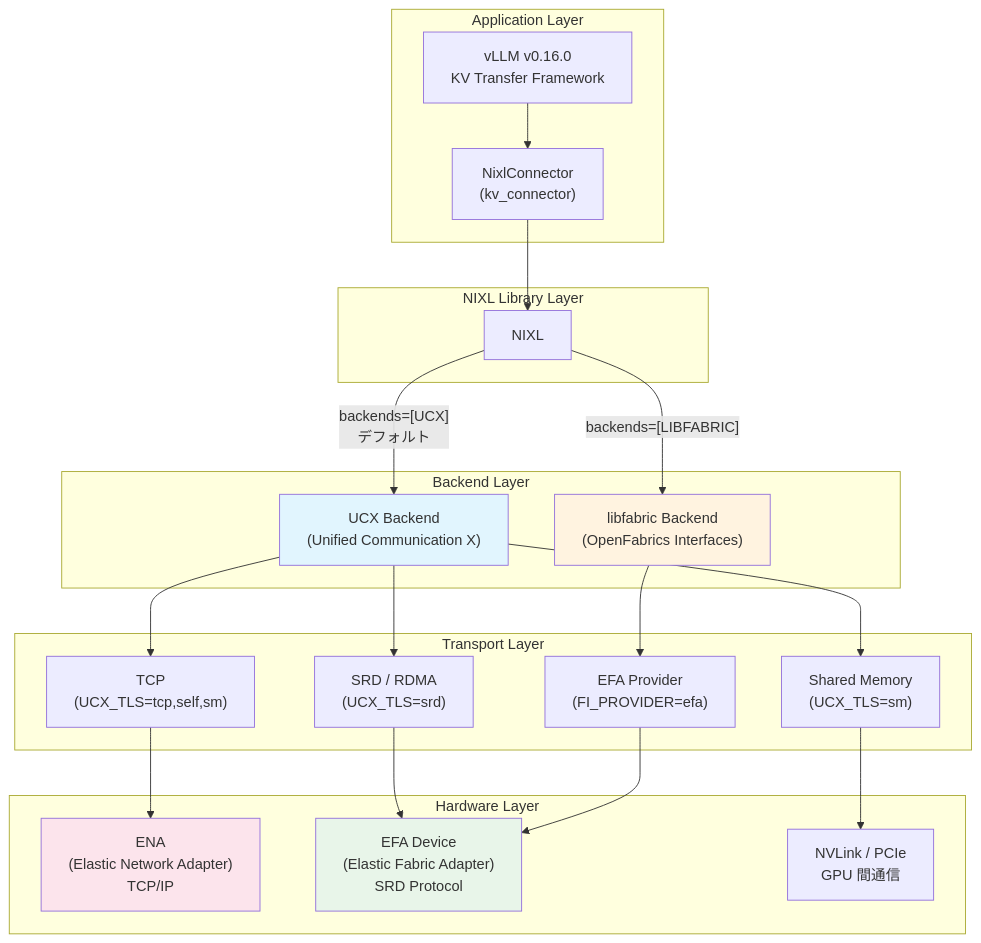
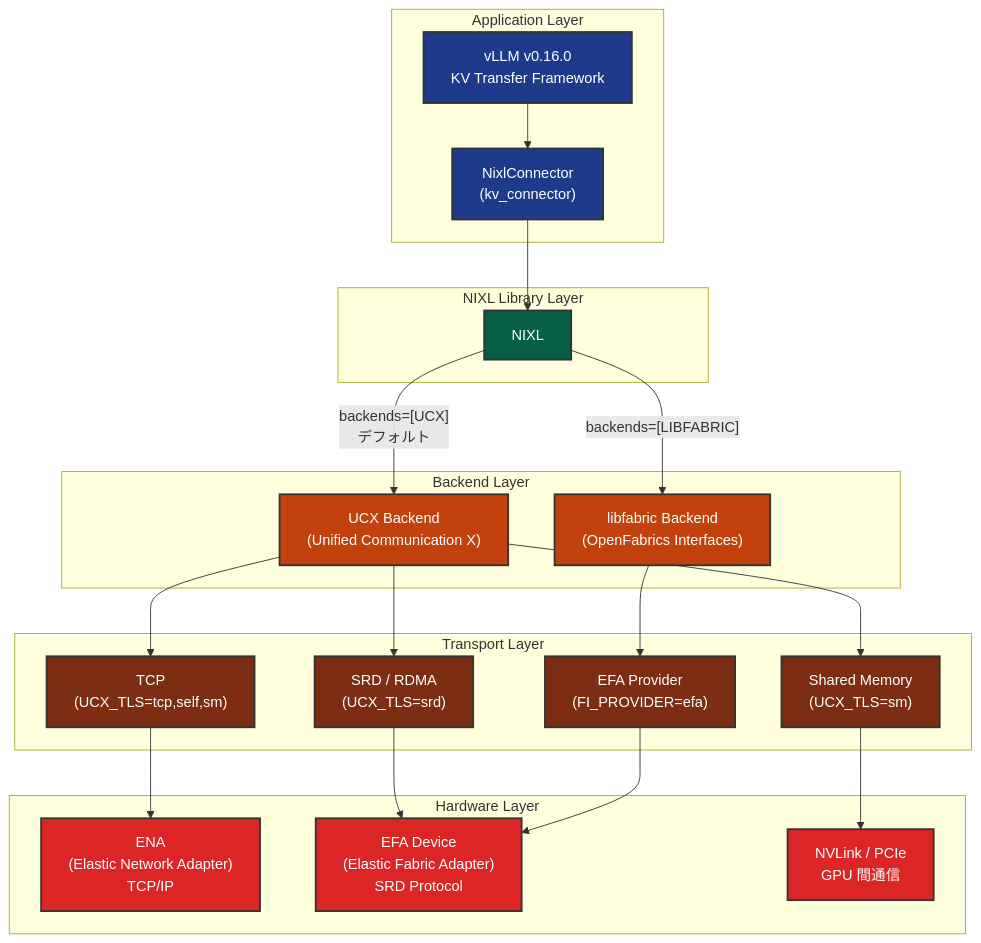
One commit to littlemex/zenn changed the sixth of 15 diagrams in articles/3dd524130320d3.md. Above: the diagram before and after it, drawn with Mermaid. The commit also changed other lines of this file, not shown here.

````diff
--- a/articles/3dd524130320d3.md
+++ b/articles/3dd524130320d3.md
@@ -228,41 +229,49 @@
 ```mermaid
 graph TB
     subgraph "Application Layer"
         VLLM["vLLM v0.16.0<br/>KV Transfer Framework"]
         NC["NixlConnector<br/>(kv_connector)"]
         VLLM --> NC
     end
     subgraph "NIXL Library Layer"
         NIXL["NIXL"]
         NC --> NIXL
     end
     subgraph "Backend Layer"
         UCX["UCX Backend<br/>(Unified Communication X)"]
         LF["libfabric Backend<br/>(OpenFabrics Interfaces)"]
         NIXL -->|"backends=[UCX]<br/>デフォルト"| UCX
         NIXL -->|"backends=[LIBFABRIC]"| LF
     end
     subgraph "Transport Layer"
         TCP["TCP<br/>(UCX_TLS=tcp,self,sm)"]
         SRD_UCX["SRD / RDMA<br/>(UCX_TLS=srd)"]
         SM["Shared Memory<br/>(UCX_TLS=sm)"]
         EFA_LF["EFA Provider<br/>(FI_PROVIDER=efa)"]
         UCX --> TCP
         UCX --> SRD_UCX
         UCX --> SM
         LF --> EFA_LF
     end
     subgraph "Hardware Layer"
         ENA["ENA<br/>(Elastic Network Adapter)<br/>TCP/IP"]
         EFA_DEV["EFA Device<br/>(Elastic Fabric Adapter)<br/>SRD Protocol"]
         NVLINK["NVLink / PCIe<br/>GPU 間通信"]
         TCP --> ENA
         SRD_UCX --> EFA_DEV
         SM --> NVLINK
         EFA_LF --> EFA_DEV
     end
-    style UCX fill: #e1f5fe
-    style LF fill: #fff3e0
-    style EFA_DEV fill: #e8f5e9
-    style ENA fill: #fce4ec
+    style VLLM fill: #1e3a8a,stroke: #333,stroke-width:2px,color: #fff
+    style NC fill: #1e3a8a,stroke: #333,stroke-width:2px,color: #fff
+    style NIXL fill: #065f46,stroke: #333,stroke-width:2px,color: #fff
+    style UCX fill: #c2410c,stroke: #333,stroke-width:2px,color: #fff
+    style LF fill: #c2410c,stroke: #333,stroke-width:2px,color: #fff
+    style TCP fill: #7c2d12,stroke: #333,stroke-width:2px,color: #fff
+    style SRD_UCX fill: #7c2d12,stroke: #333,stroke-width:2px,color: #fff
+    style SM fill: #7c2d12,stroke: #333,stroke-width:2px,color: #fff
+    style EFA_LF fill: #7c2d12,stroke: #333,stroke-width:2px,color: #fff
+    style EFA_DEV fill: #dc2626,stroke: #333,stroke-width:2px,color: #fff
+    style ENA fill: #dc2626,stroke: #333,stroke-width:2px,color: #fff
+    style NVLINK fill: #dc2626,stroke: #333,stroke-width:2px,color: #fff
 ```
````
